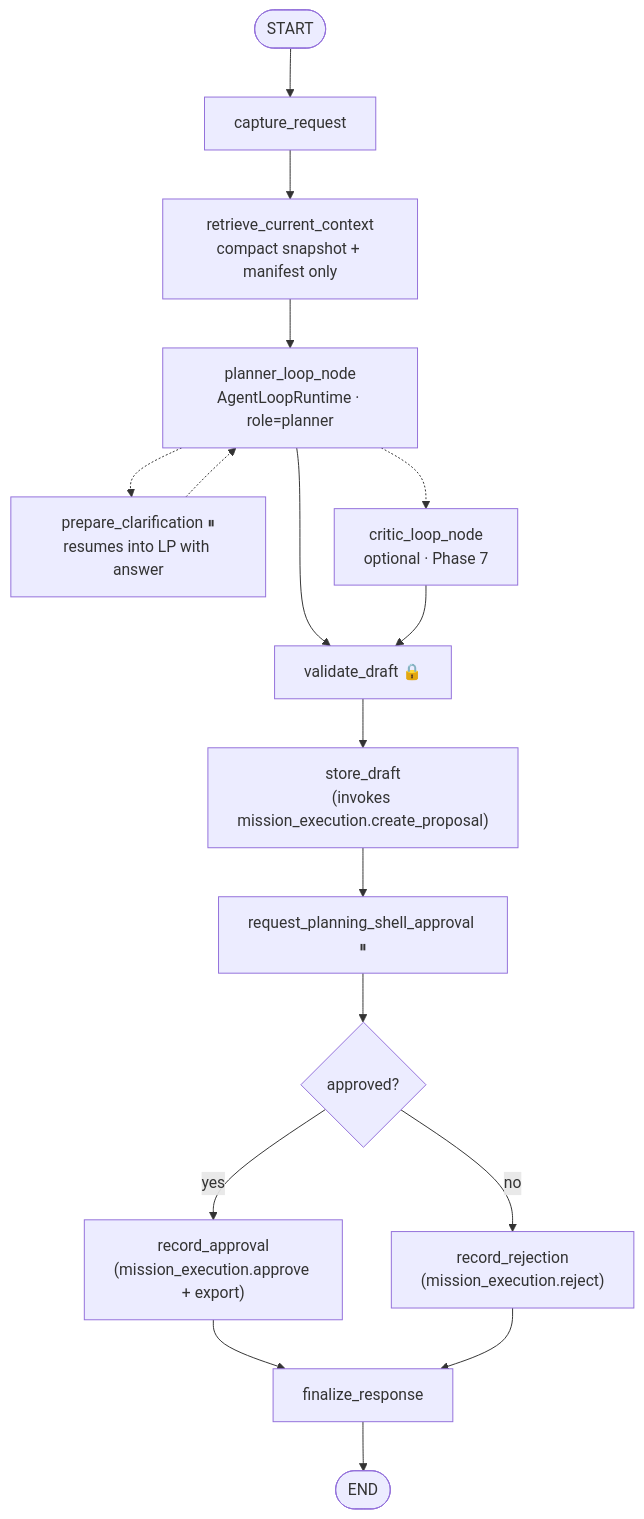
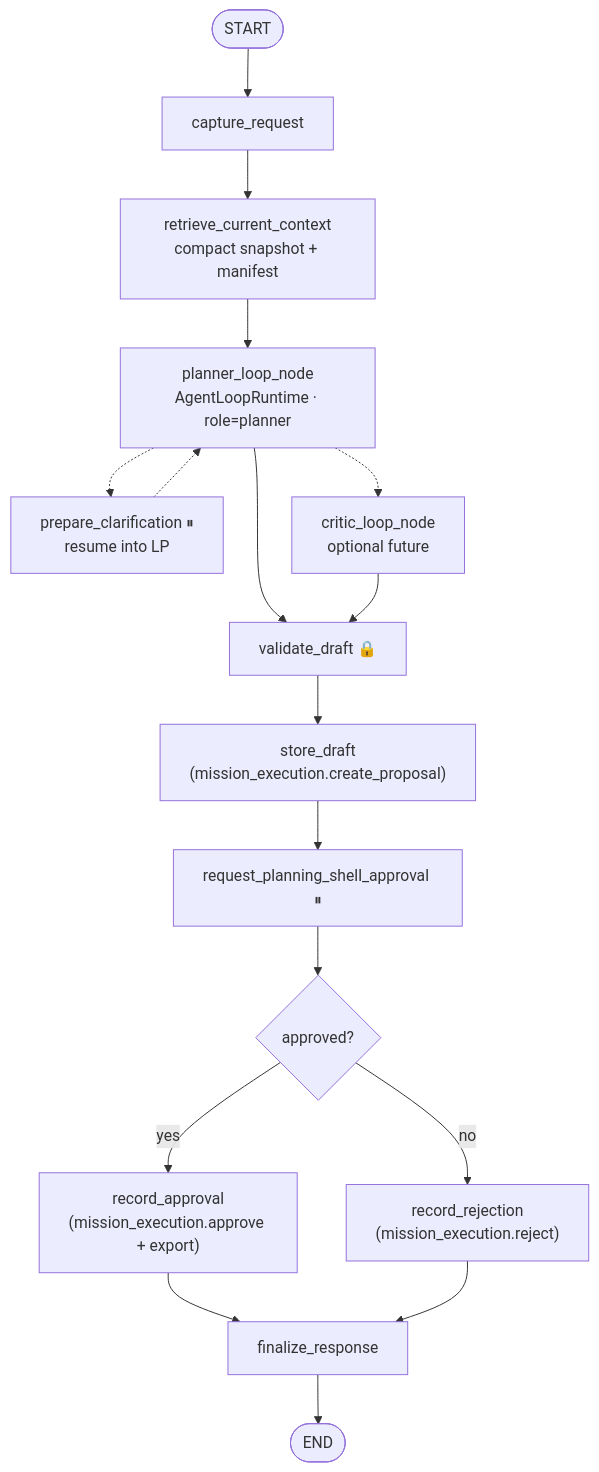
One commit to vardan6/uxv-agent changed the second of 8 diagrams in docs/components/ai-agent/internals/graph-spec.md. Above: the diagram before and after it, drawn with Mermaid. The commit also changed other lines of this file and 34 other files, not shown here.

````diff
--- a/docs/components/ai-agent/internals/graph-spec.md
+++ b/docs/components/ai-agent/internals/graph-spec.md
@@ -237,17 +101,17 @@
 ```mermaid
 flowchart TB
     S([START]) --> CAP[capture_request]
-    CAP --> INIT[retrieve_current_context<br/>compact snapshot + manifest only]
+    CAP --> INIT[retrieve_current_context<br/>compact snapshot + manifest]
     INIT --> LP[planner_loop_node<br/>AgentLoopRuntime · role=planner]
-    LP -.-> PCL[prepare_clarification ⏸<br/>resumes into LP with answer]
+    LP -.-> PCL[prepare_clarification ⏸<br/>resume into LP]
     PCL -.-> LP
-    LP -.-> CR[critic_loop_node<br/>optional · Phase 7]
+    LP -.-> CR[critic_loop_node<br/>optional future]
     LP --> VD[validate_draft 🔒]
     CR --> VD
-    VD --> ST["store_draft<br/>(invokes mission_execution.create_proposal)"]
+    VD --> ST["store_draft<br/>(mission_execution.create_proposal)"]
     ST --> AP[request_planning_shell_approval ⏸]
     AP --> D{approved?}
     D -- yes --> RA["record_approval<br/>(mission_execution.approve + export)"] --> FN[finalize_response]
     D -- no --> RJ["record_rejection<br/>(mission_execution.reject)"] --> FN
     FN --> E([END])
 ```
````
